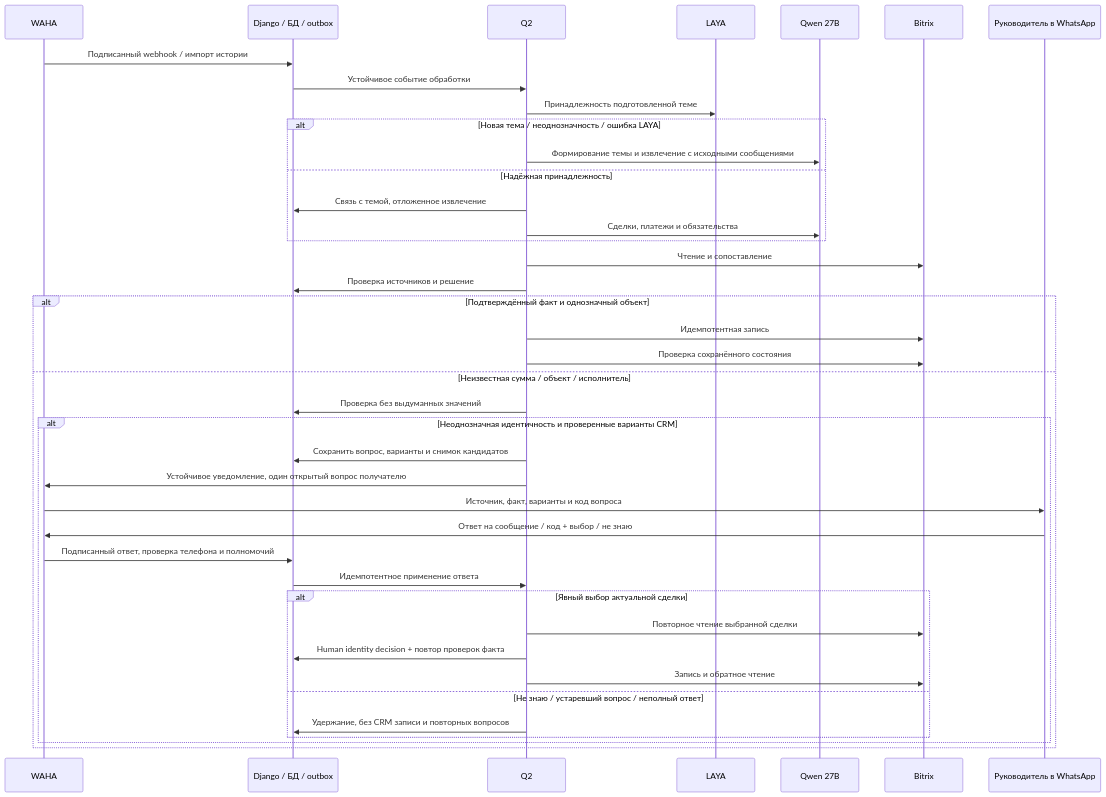
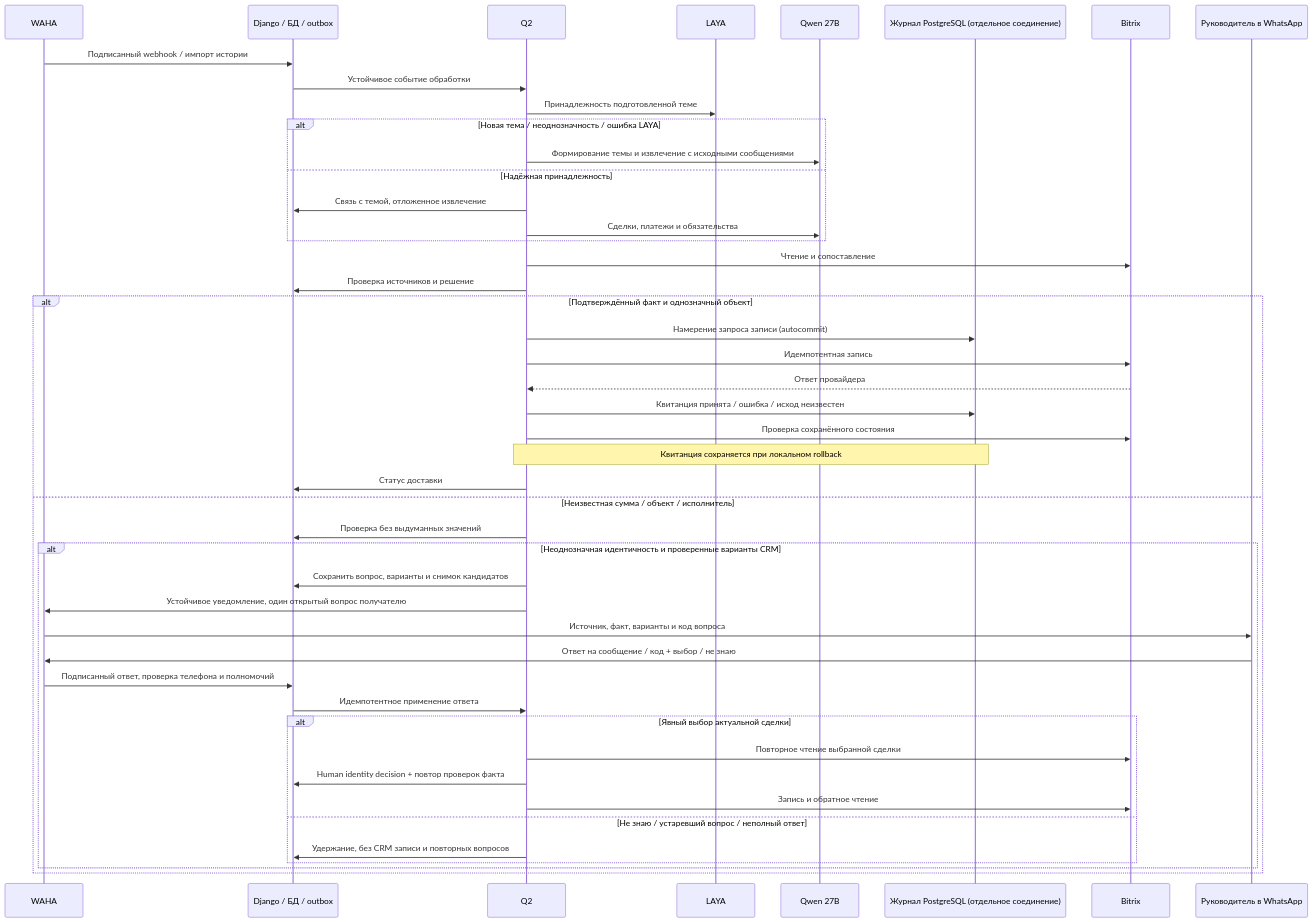
One commit to envOnion/kz-mazory changed the second of 2 diagrams in specs/task_2026-10-13_21-59-19_MSK.md. Above: the diagram before and after it, drawn with Mermaid. The commit also changed other lines of this file and 13 other files, not shown here.

````diff
--- a/specs/task_2026-10-13_21-59-19_MSK.md
+++ b/specs/task_2026-10-13_21-59-19_MSK.md
@@ -39,42 +41,48 @@
 ```mermaid
 sequenceDiagram
     participant WA as WAHA
     participant DB as Django / БД / outbox
     participant Q as Q2
     participant L as LAYA
     participant M as Qwen 27B
+    participant J as Журнал PostgreSQL (отдельное соединение)
     participant B as Bitrix
     participant U as Руководитель в WhatsApp
     WA->>DB: Подписанный webhook / импорт истории
     DB->>Q: Устойчивое событие обработки
     Q->>L: Принадлежность подготовленной теме
     alt Новая тема / неоднозначность / ошибка LAYA
         Q->>M: Формирование темы и извлечение с исходными сообщениями
     else Надёжная принадлежность
         Q->>DB: Связь с темой, отложенное извлечение
         Q->>M: Сделки, платежи и обязательства
     end
     Q->>B: Чтение и сопоставление
     Q->>DB: Проверка источников и решение
     alt Подтверждённый факт и однозначный объект
+        Q->>J: Намерение запроса записи (autocommit)
         Q->>B: Идемпотентная запись
+        B-->>Q: Ответ провайдера
+        Q->>J: Квитанция принята / ошибка / исход неизвестен
         Q->>B: Проверка сохранённого состояния
+        Note over Q,J: Квитанция сохраняется при локальном rollback
+        Q->>DB: Статус доставки
     else Неизвестная сумма / объект / исполнитель
         Q->>DB: Проверка без выдуманных значений
         alt Неоднозначная идентичность и проверенные варианты CRM
             Q->>DB: Сохранить вопрос, варианты и снимок кандидатов
             Q->>WA: Устойчивое уведомление, один открытый вопрос получателю
             WA->>U: Источник, факт, варианты и код вопроса
             U->>WA: Ответ на сообщение / код + выбор / не знаю
             WA->>DB: Подписанный ответ, проверка телефона и полномочий
             DB->>Q: Идемпотентное применение ответа
             alt Явный выбор актуальной сделки
                 Q->>B: Повторное чтение выбранной сделки
                 Q->>DB: Human identity decision + повтор проверок факта
                 Q->>B: Запись и обратное чтение
             else Не знаю / устаревший вопрос / неполный ответ
                 Q->>DB: Удержание, без CRM записи и повторных вопросов
             end
         end
     end
 ```
````
